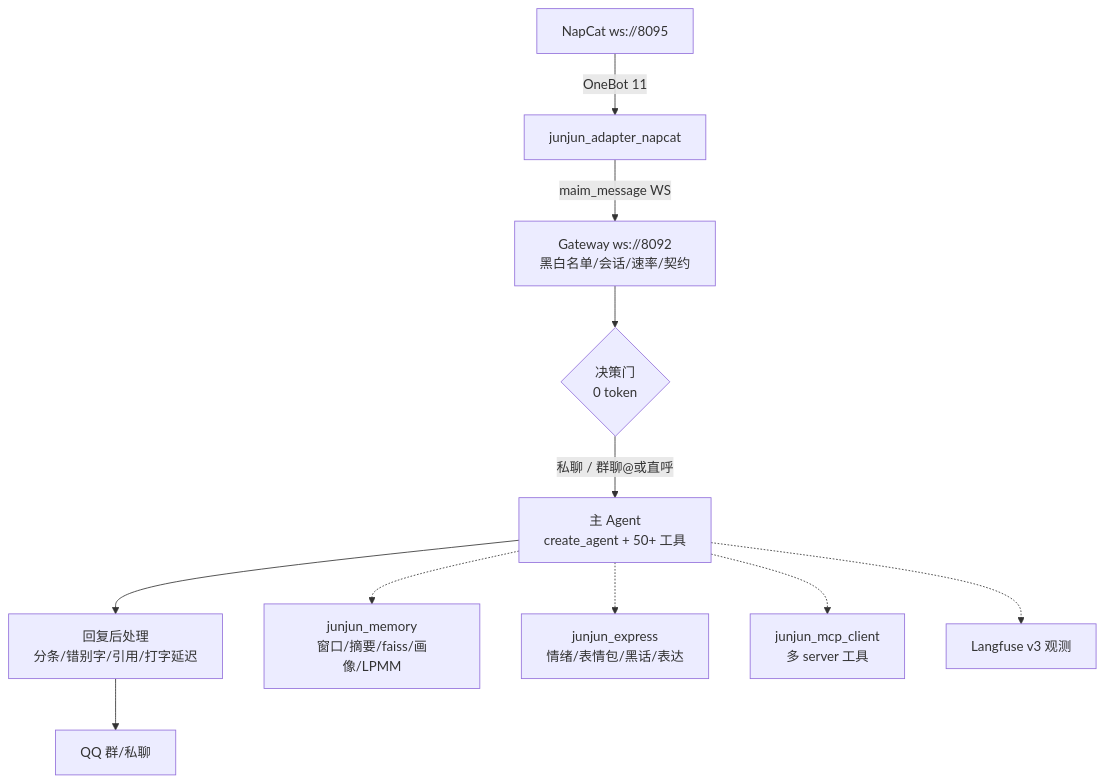
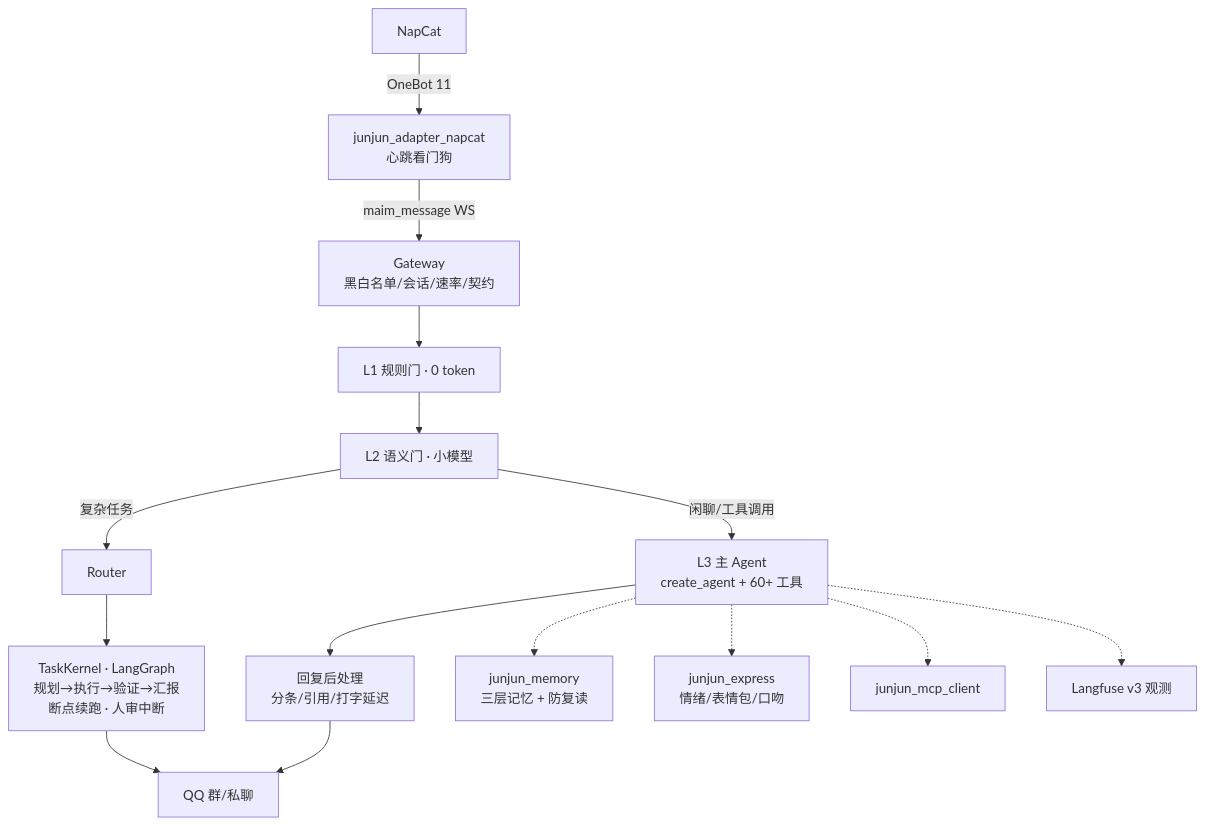
The diagram in README.md (wenjinqing/JunJun_Agent), drawn with Mermaid before and after one commit. The commit also changed other lines of this file and 9 other files, not shown here.

````diff
--- a/README.md
+++ b/README.md
@@ -7,13 +9,17 @@
 ```mermaid
 flowchart TD
-    NC[NapCat ws://8095] -->|OneBot 11| AD[junjun_adapter_napcat]
-    AD -->|maim_message WS| GW[Gateway ws://8092<br/>黑白名单/会话/速率/契约]
-    GW --> GATE{决策门<br/>0 token}
-    GATE -->|私聊 / 群聊@或直呼| L3[主 Agent<br/>create_agent + 50+ 工具]
-    L3 --> PP[回复后处理<br/>分条/错别字/引用/打字延迟]
-    PP --> QQ[QQ 群/私聊]
-    L3 -.-> MEM[junjun_memory<br/>窗口/摘要/faiss/画像/LPMM]
-    L3 -.-> EXP[junjun_express<br/>情绪/表情包/黑话/表达]
-    L3 -.-> MCP[junjun_mcp_client<br/>多 server 工具]
+    NC[NapCat] -->|OneBot 11| AD[junjun_adapter_napcat<br/>心跳看门狗]
+    AD -->|maim_message WS| GW[Gateway<br/>黑白名单/会话/速率/契约]
+    GW --> L1[L1 规则门 · 0 token]
+    L1 --> L2[L2 语义门 · 小模型]
+    L2 -->|闲聊/工具调用| L3[L3 主 Agent<br/>create_agent + 60+ 工具]
+    L2 -->|复杂任务| RT[Router]
+    RT --> TK[TaskKernel · LangGraph<br/>规划→执行→验证→汇报<br/>断点续跑 · 人审中断]
+    L3 --> PP[回复后处理<br/>分条/引用/打字延迟]
+    TK --> QQ[QQ 群/私聊]
+    PP --> QQ
+    L3 -.-> MEM[junjun_memory<br/>三层记忆 + 防复读]
+    L3 -.-> EXP[junjun_express<br/>情绪/表情包/口吻]
+    L3 -.-> MCP[junjun_mcp_client]
     L3 -.-> OBS[Langfuse v3 观测]
 ```
````
